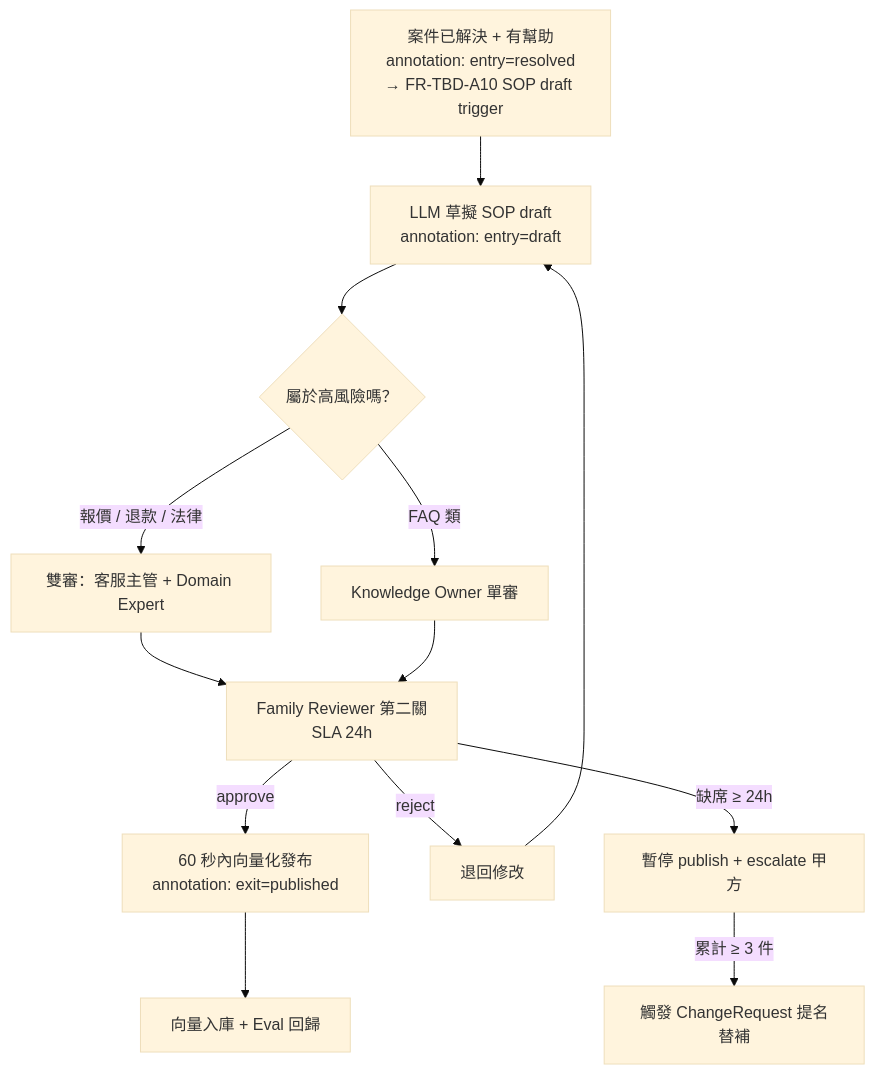
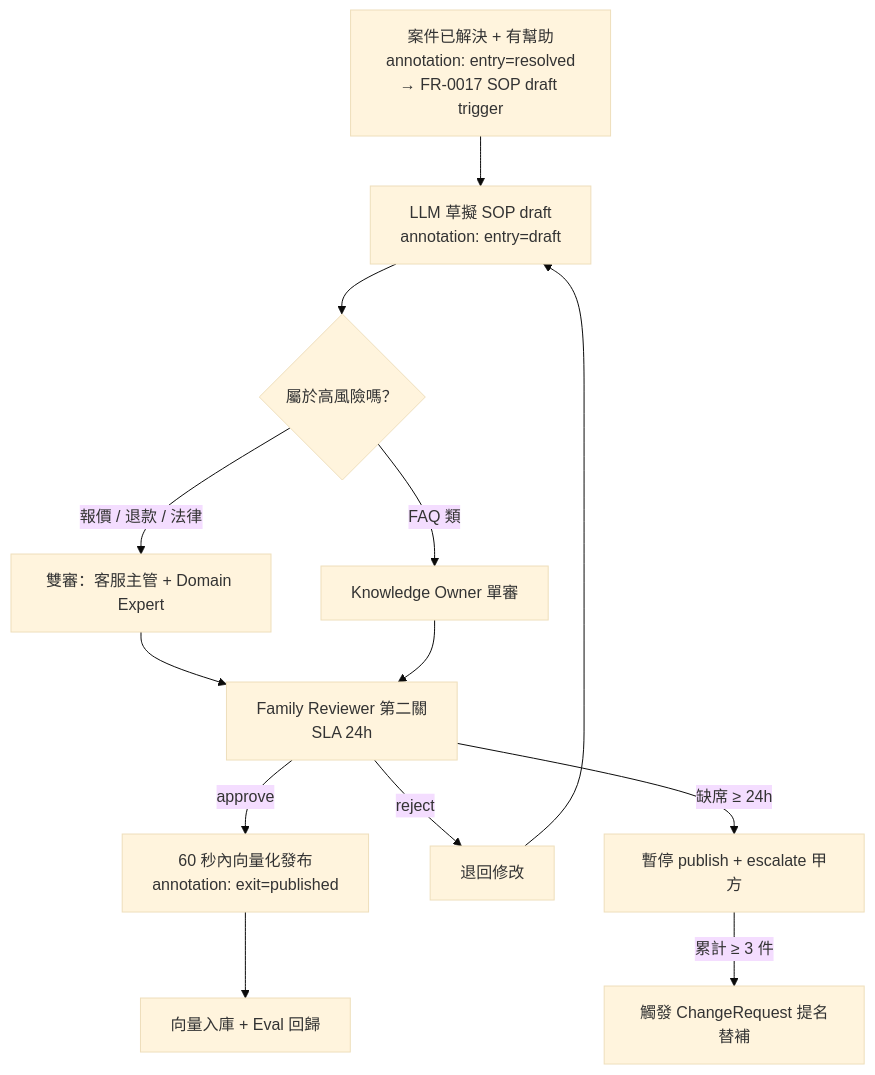
Before and after one commit to Zenobia000/chatlock_dev_docs: the third of 5 diagrams in docs/ux/user-flow-smart-lock-saas.md, drawn with Mermaid (base theme). The commit also changed other lines of this file and 21 other files, not shown here.

````diff
--- a/docs/ux/user-flow-smart-lock-saas.md
+++ b/docs/ux/user-flow-smart-lock-saas.md
@@ -287,15 +287,15 @@
 ```mermaid
 flowchart TD
-    Resolved[案件已解決 + 有幫助<br/>annotation: entry=resolved<br/>→ FR-TBD-A10 SOP draft trigger] --> Draft[LLM 草擬 SOP draft<br/>annotation: entry=draft]
+    Resolved[案件已解決 + 有幫助<br/>annotation: entry=resolved<br/>→ FR-0017 SOP draft trigger] --> Draft[LLM 草擬 SOP draft<br/>annotation: entry=draft]
     Draft --> RiskCheck{屬於高風險嗎？}
     RiskCheck -->|報價 / 退款 / 法律| DualReview[雙審：客服主管 + Domain Expert]
     RiskCheck -->|FAQ 類| SingleReview[Knowledge Owner 單審]
     DualReview --> FamilyReview[Family Reviewer 第二關<br/>SLA 24h]
     SingleReview --> FamilyReview
     FamilyReview -->|approve| Published[60 秒內向量化發布<br/>annotation: exit=published]
     FamilyReview -->|reject| Revise[退回修改]
     FamilyReview -->|缺席 ≥ 24h| Pause[暫停 publish + escalate 甲方]
     Pause -->|累計 ≥ 3 件| Replacement[觸發 ChangeRequest 提名替補]
     Revise --> Draft
     Published --> Eval[向量入庫 + Eval 回歸]
 ```
````
